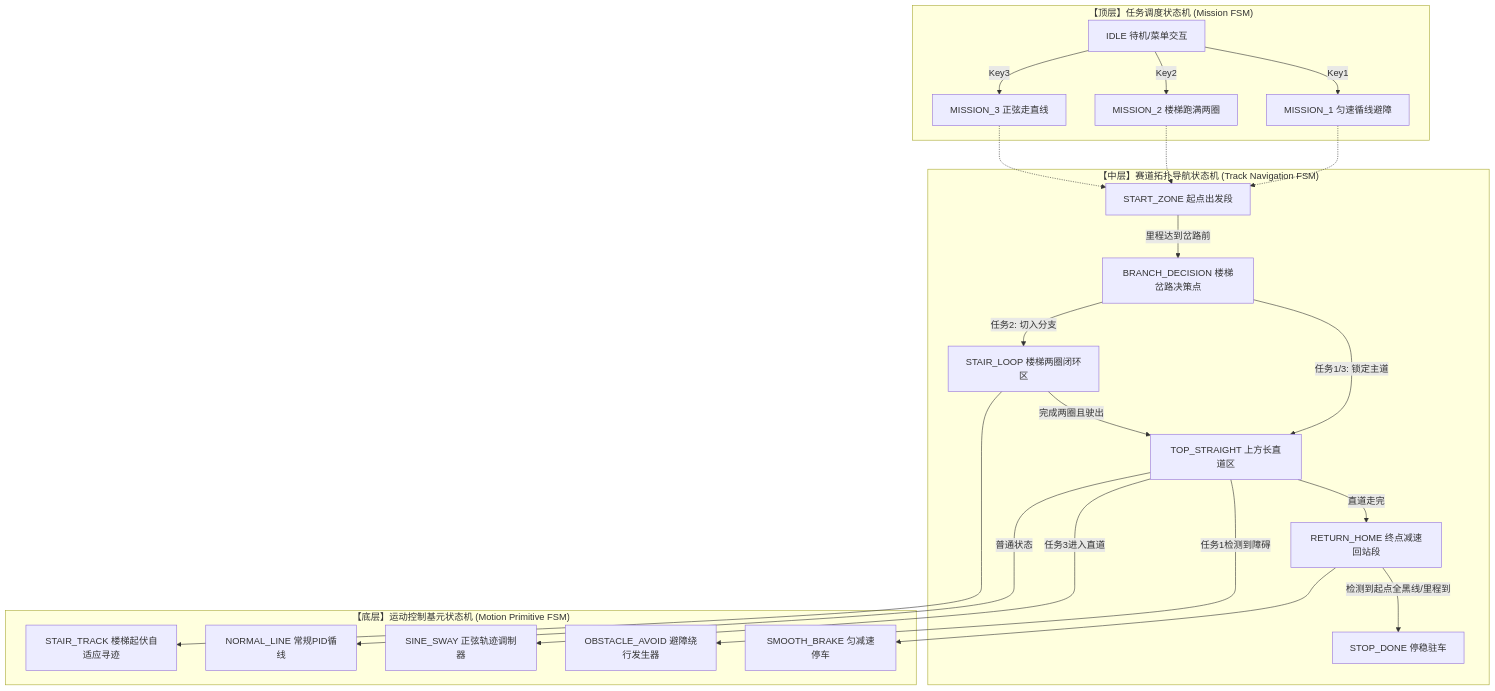
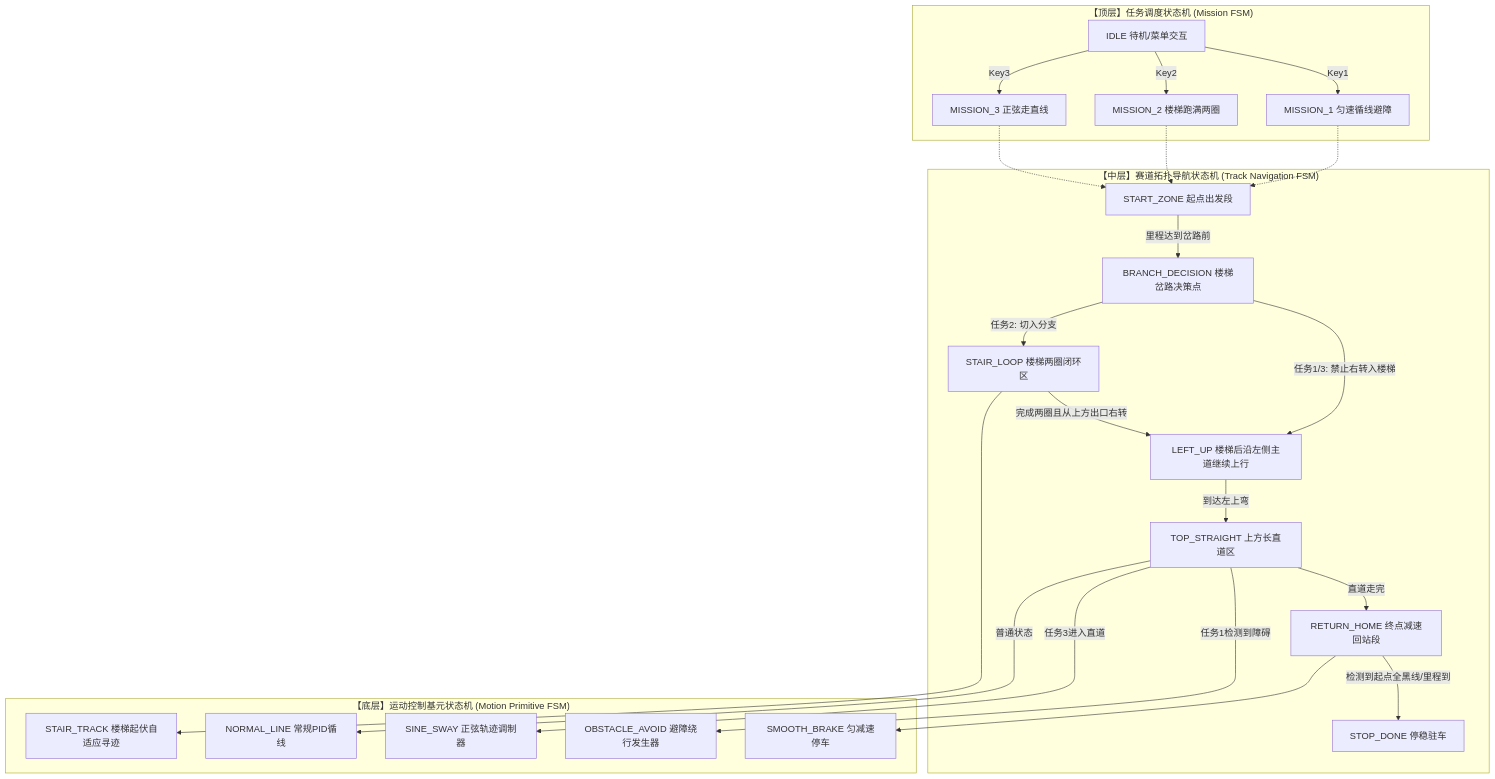
One commit to zuoweimenfeidudu20-hub/G3507-Car changed the first of 4 diagrams in docs/04_STATE_MACHINES.md. Above: the diagram before and after it, drawn with Mermaid. The commit also changed other lines of this file and 17 other files, not shown here.

````diff
--- a/docs/04_STATE_MACHINES.md
+++ b/docs/04_STATE_MACHINES.md
@@ -59,46 +61,48 @@
 ```mermaid
 graph TD
     subgraph Layer1["【顶层】任务调度状态机 (Mission FSM)"]
         M_IDLE[IDLE 待机/菜单交互]
         M_T1[MISSION_1 匀速循线避障]
         M_T2[MISSION_2 楼梯跑满两圈]
         M_T3[MISSION_3 正弦走直线]
         M_IDLE -->|Key1| M_T1
         M_IDLE -->|Key2| M_T2
         M_IDLE -->|Key3| M_T3
     end
 
     subgraph Layer2["【中层】赛道拓扑导航状态机 (Track Navigation FSM)"]
         NAV_START[START_ZONE 起点出发段]
         NAV_BRANCH[BRANCH_DECISION 楼梯岔路决策点]
         NAV_STAIR_LOOP[STAIR_LOOP 楼梯两圈闭环区]
+        NAV_LEFT_UP[LEFT_UP 楼梯后沿左侧主道继续上行]
         NAV_TOP_STRAIGHT[TOP_STRAIGHT 上方长直道区]
         NAV_RETURN[RETURN_HOME 终点减速回站段]
         NAV_STOP[STOP_DONE 停稳驻车]
 
         NAV_START -->|里程达到岔路前| NAV_BRANCH
-        NAV_BRANCH -->|任务1/3: 锁定主道| NAV_TOP_STRAIGHT
+        NAV_BRANCH -->|任务1/3: 禁止右转入楼梯| NAV_LEFT_UP
         NAV_BRANCH -->|任务2: 切入分支| NAV_STAIR_LOOP
-        NAV_STAIR_LOOP -->|完成两圈且驶出| NAV_TOP_STRAIGHT
+        NAV_STAIR_LOOP -->|完成两圈且从上方出口右转| NAV_LEFT_UP
+        NAV_LEFT_UP -->|到达左上弯| NAV_TOP_STRAIGHT
         NAV_TOP_STRAIGHT -->|直道走完| NAV_RETURN
         NAV_RETURN -->|检测到起点全黑线/里程到| NAV_STOP
     end
 
     subgraph Layer3["【底层】运动控制基元状态机 (Motion Primitive FSM)"]
         MOT_NORMAL_LINE[NORMAL_LINE 常规PID循线]
         MOT_OBSTACLE_AVOID[OBSTACLE_AVOID 避障绕行发生器]
         MOT_SINE_SWAY[SINE_SWAY 正弦轨迹调制器]
         MOT_STAIR_TRACK[STAIR_TRACK 楼梯起伏自适应寻迹]
         MOT_BRAKE[SMOOTH_BRAKE 匀减速停车]
     end
 
     M_T1 -.-> NAV_START
     M_T2 -.-> NAV_START
     M_T3 -.-> NAV_START
 
     NAV_TOP_STRAIGHT -->|任务1检测到障碍| MOT_OBSTACLE_AVOID
     NAV_TOP_STRAIGHT -->|任务3进入直道| MOT_SINE_SWAY
     NAV_TOP_STRAIGHT -->|普通状态| MOT_NORMAL_LINE
     NAV_STAIR_LOOP --> MOT_STAIR_TRACK
     NAV_RETURN --> MOT_BRAKE
 ```
````
